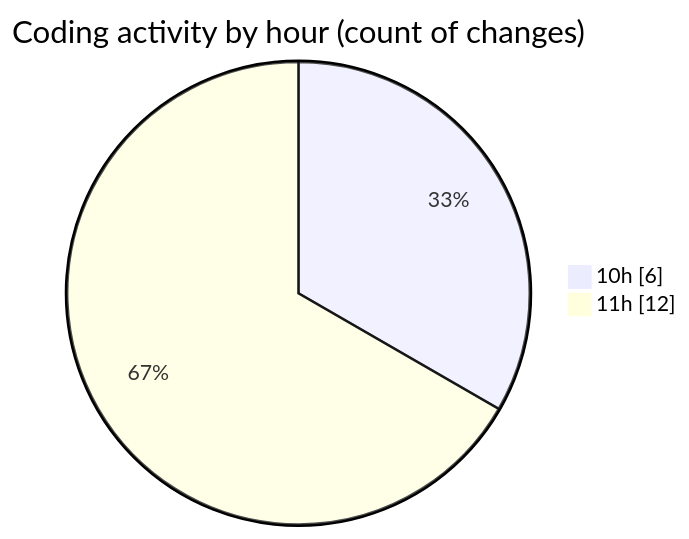
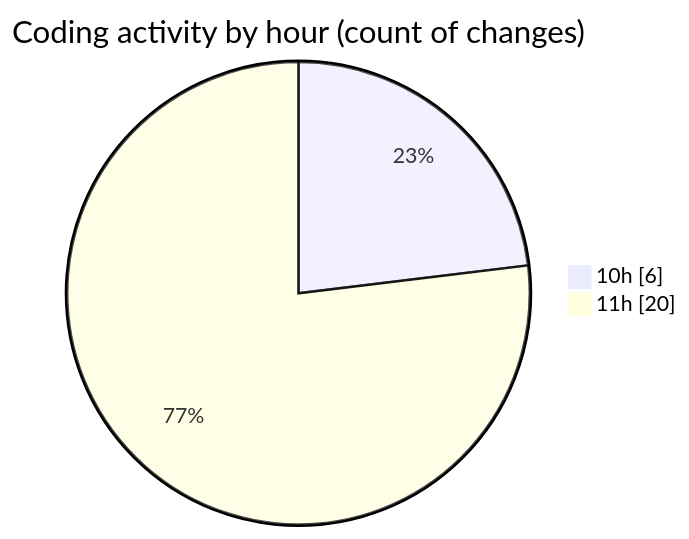
The second of 2 diagrams in 2025-08-13/cda/README.md (momahboobian/code-tracking), drawn with Mermaid before and after one commit. The commit also changed other lines of this file and 1 other file, not shown here.

````diff
--- a/2025-08-13/cda/README.md
+++ b/2025-08-13/cda/README.md
@@ -30,6 +32,6 @@
 ```mermaid
 pie showData
 title Coding activity by hour (count of changes)
 "10h" : 6
-"11h" : 12
+"11h" : 20
 ```
````
